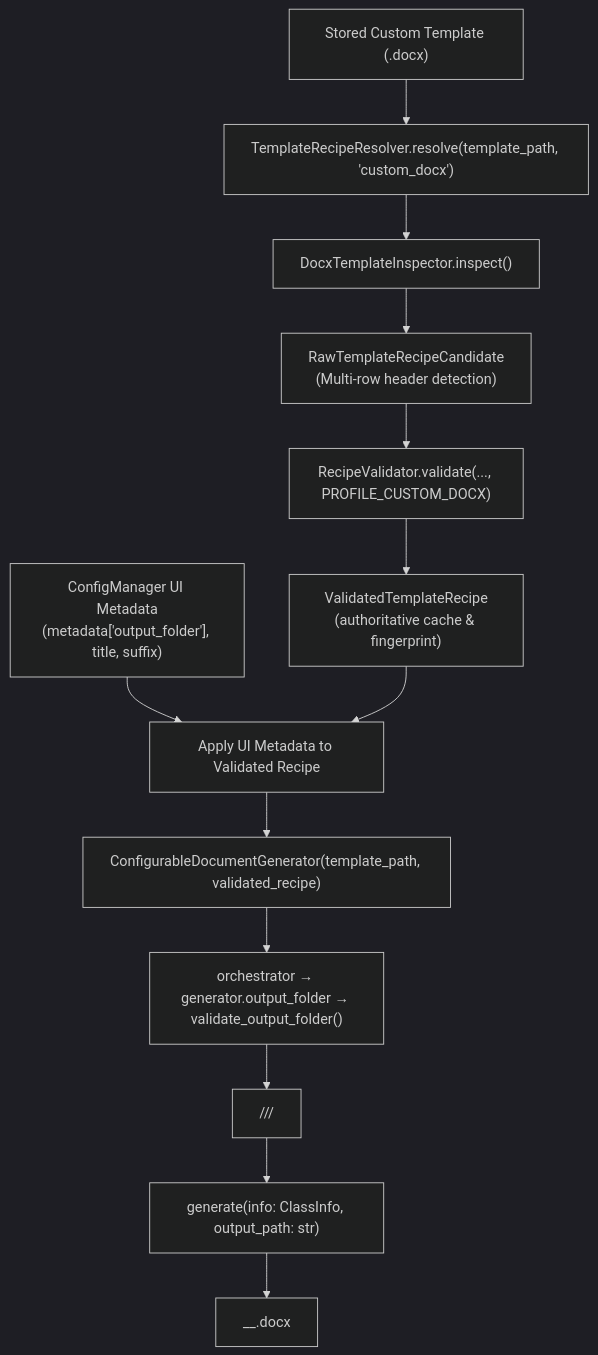
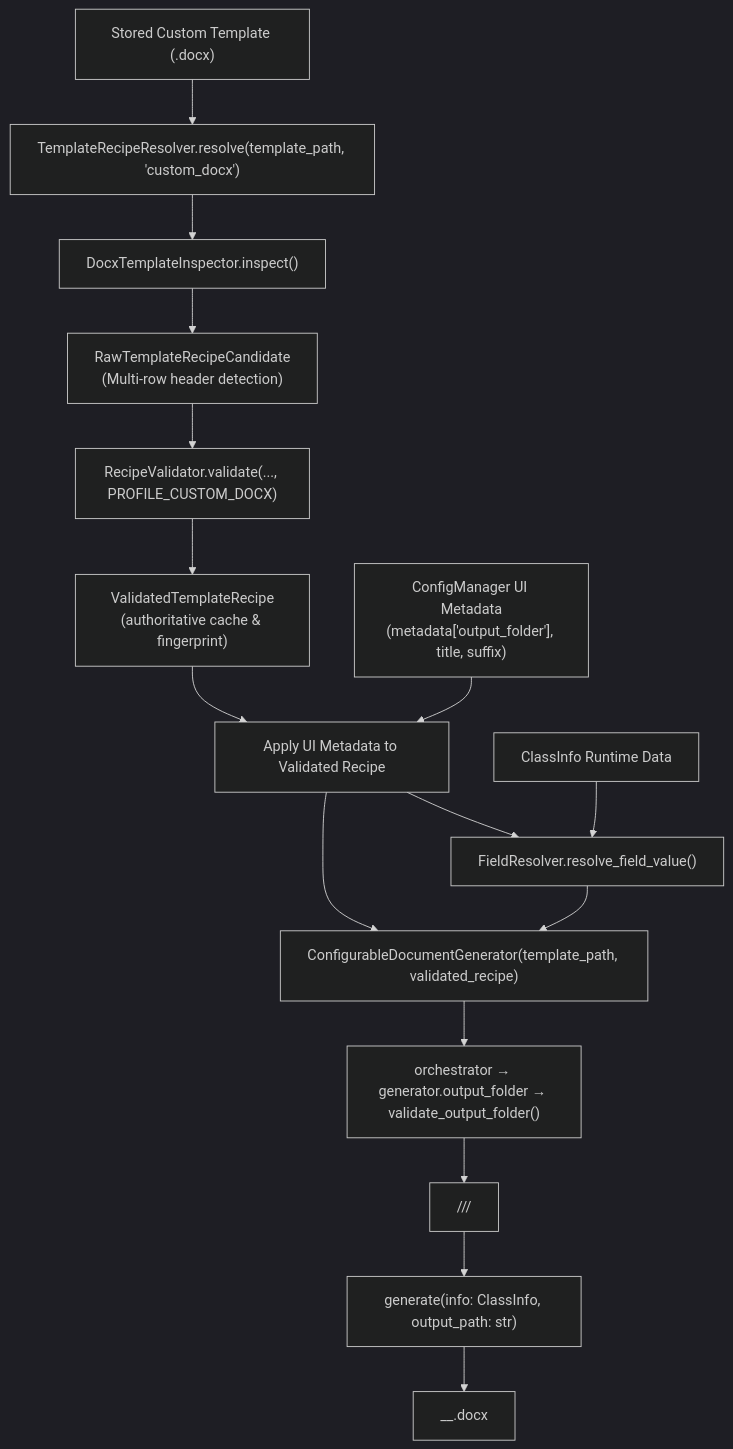
The diagram in 02 - Generators/Generic Document Generator.md (DrinkBoooz/cvsu-generator_documentation), drawn with Mermaid (dark theme) before and after one commit. The commit also changed other lines of this file and 1 other file, not shown here.

Commit message:
15: document document_generator and field_resolver architecture layers

````diff
--- a/02 - Generators/Generic Document Generator.md
+++ b/02 - Generators/Generic Document Generator.md
@@ -40,15 +42,18 @@
 ```mermaid
 graph TD
     UserTpl["Stored Custom Template (.docx)"] --> Resolver["TemplateRecipeResolver.resolve(template_path, 'custom_docx')"]
     Resolver --> Inspector["DocxTemplateInspector.inspect()"]
     Inspector --> Cand["RawTemplateRecipeCandidate<br>(Multi-row header detection)"]
     Cand --> Validator["RecipeValidator.validate(..., PROFILE_CUSTOM_DOCX)"]
     Validator --> ValidRecipe["ValidatedTemplateRecipe<br>(authoritative cache & fingerprint)"]
     ConfigMeta["ConfigManager UI Metadata<br>(metadata['output_folder'], title, suffix)"] --> ApplyMeta["Apply UI Metadata to Validated Recipe"]
     ValidRecipe --> ApplyMeta
     ApplyMeta --> Gen["ConfigurableDocumentGenerator(template_path, validated_recipe)"]
+    ClassInfo["ClassInfo Runtime Data"] --> ResolverLayer["FieldResolver.resolve_field_value()"]
+    ApplyMeta --> ResolverLayer
+    ResolverLayer --> Gen
     Gen --> Route["orchestrator → generator.output_folder → validate_output_folder()"]
     Route --> TargetDir["<Output>/<Course_Sec>/<output_folder>/"]
     TargetDir --> Exec["generate(info: ClassInfo, output_path: str)"]
     Exec --> Out["<Course_Sec>_<Sched>_<SUFFIX>.docx"]
 ```
````
